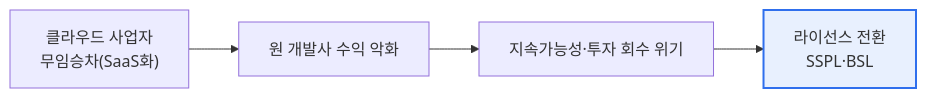
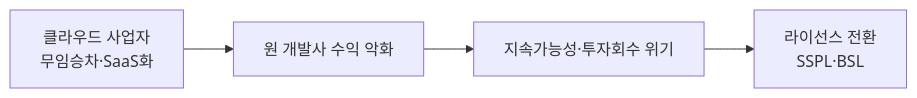
Before and after one commit to coninggu/wjdqhrhksflrltnftk: the diagram in content/open-source-license-change.md, drawn with Mermaid. The commit also changed other lines of this file and 28 other files, not shown here.

````diff
--- a/content/open-source-license-change.md
+++ b/content/open-source-license-change.md
@@ -16,7 +18,6 @@
 ```mermaid
 flowchart LR
-  A["클라우드 사업자<br/>무임승차(SaaS화)"] --> B[원 개발사 수익 악화]
-  B --> C[지속가능성·투자 회수 위기]
-  C --> D["라이선스 전환<br/>SSPL·BSL"]
-  style D fill:#e8f0fe,stroke:#2f6fed,stroke-width:2px
+  A[클라우드 사업자<br/>무임승차·SaaS화] --> B[원 개발사 수익 악화]
+  B --> C[지속가능성·투자회수 위기]
+  C --> D[라이선스 전환<br/>SSPL·BSL]
 ```
````
